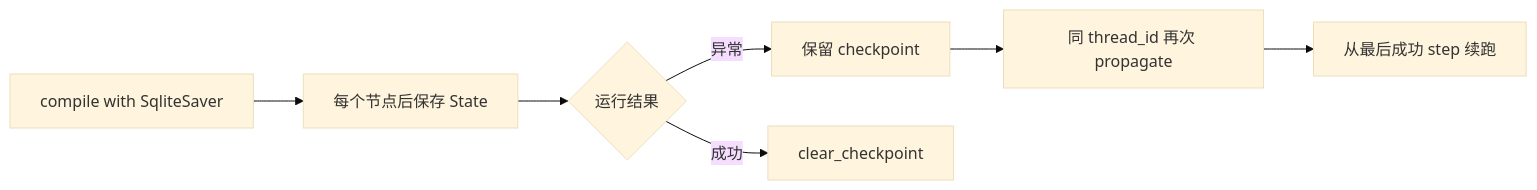
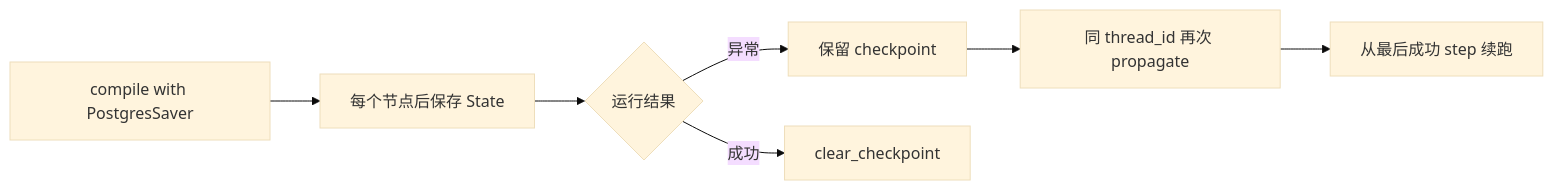
The fourth of 5 diagrams in README.md (Ayfwq/TradingAgent), drawn with Mermaid (base theme) before and after one commit. The commit also changed other lines of this file and 38 other files, not shown here.

````diff
--- a/README.md
+++ b/README.md
@@ -708,9 +708,9 @@
 ```mermaid
 flowchart LR
-    A[compile with SqliteSaver] --> B[每个节点后保存 State]
+    A[compile with PostgresSaver] --> B[每个节点后保存 State]
     B --> C{运行结果}
     C -->|异常| D[保留 checkpoint]
     D --> E[同 thread_id 再次 propagate]
     E --> F[从最后成功 step 续跑]
     C -->|成功| G[clear_checkpoint]
 ```
````
